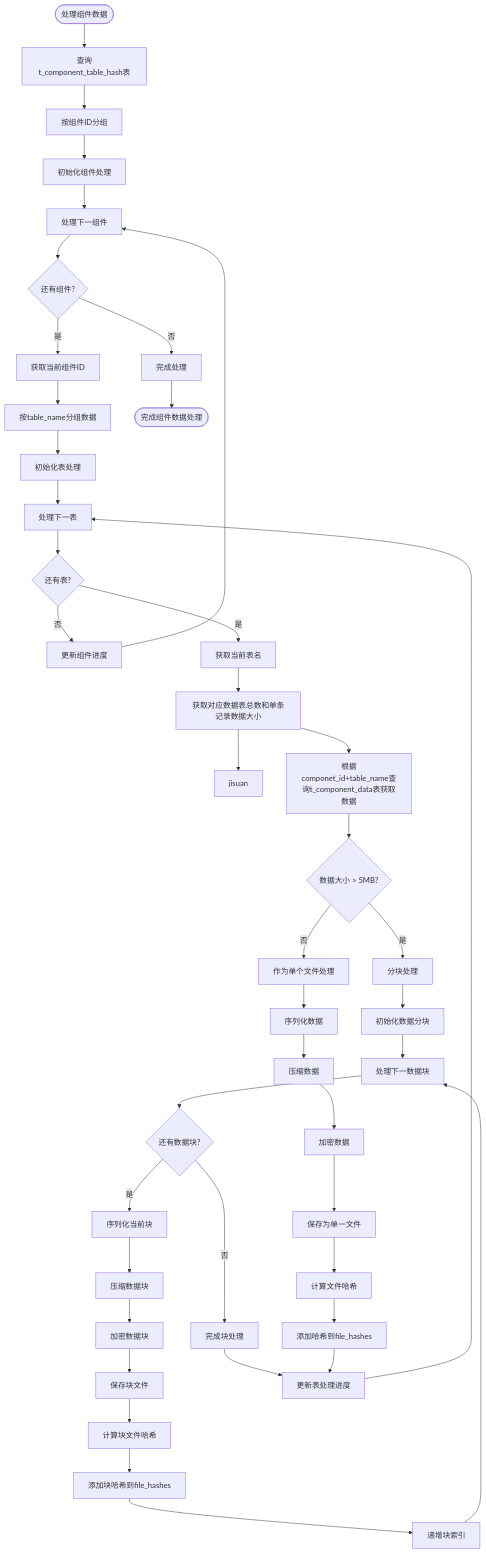
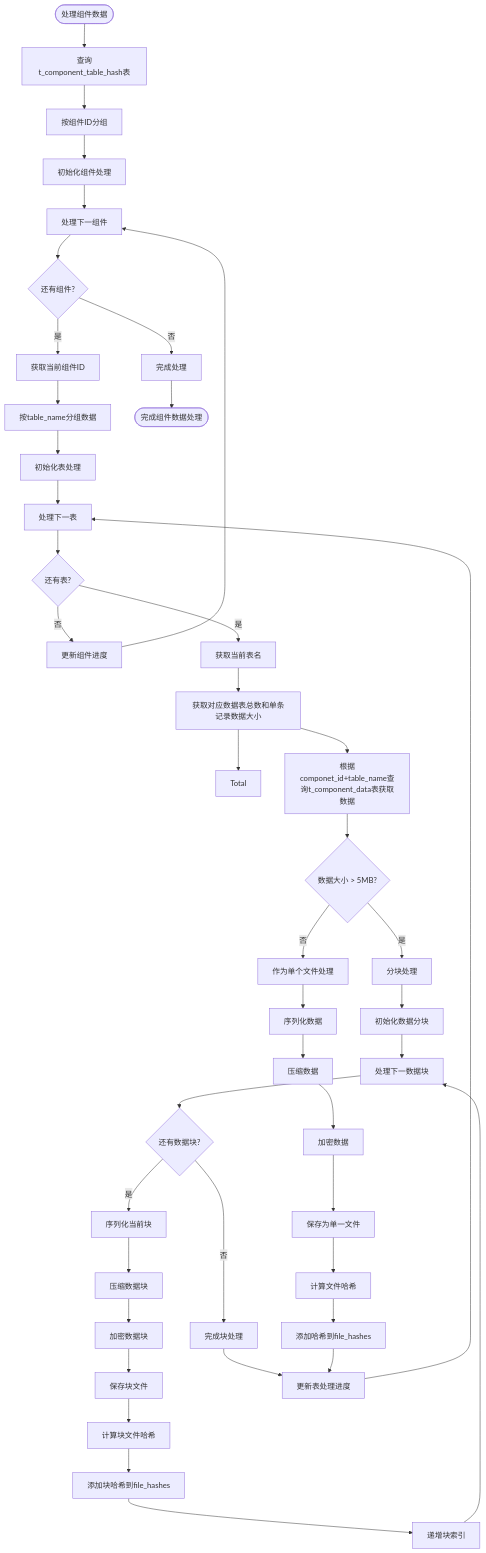
Before and after one commit to yingjianzh/iodraw-files: the diagram in all/未命名-56.md, drawn with Mermaid.

Commit message:
2025-05-12 14:29:01 update

````diff
--- a/all/未命名-56.md
+++ b/all/未命名-56.md
@@ -1,59 +1,59 @@
 ```mermaid
 
 flowchart TD
     Start([处理组件数据]) --> QueryDB[查询t_component_table_hash表]
     QueryDB --> GroupByComp[按组件ID分组]
     GroupByComp --> InitCompProcess[初始化组件处理]
     
     InitCompProcess --> ProcessNextComp[处理下一组件]
     ProcessNextComp --> MoreComps{还有组件?}
     MoreComps -->|否| CompleteProcess[完成处理]
     MoreComps -->|是| GetCompID[获取当前组件ID]
     
     GetCompID --> GroupByTable[按table_name分组数据]
     GroupByTable --> InitTableProcess[初始化表处理]
     
     InitTableProcess --> ProcessNextTable[处理下一表]
     ProcessNextTable --> MoreTables{还有表?}
     MoreTables -->|否| UpdateCompProgress[更新组件进度]
     MoreTables -->|是| GetTableName[获取当前表名]
     
     UpdateCompProgress --> ProcessNextComp
     
     GetTableName --> CheckDataSize[获取对应数据表总数和单条记录数据大小]
-    CheckDataSize --> jisuan
+    CheckDataSize --> Total
     CheckDataSize --> QueryTableData[根据componet_id+table_name查询t_component_data表获取数据]
     QueryTableData --> DataSize{数据大小 > 5MB?}
     
     DataSize -->|否| ProcessSingleFile[作为单个文件处理]
     DataSize -->|是| ProcessMultipleChunks[分块处理]
     
     ProcessSingleFile --> SerializeData[序列化数据]
     SerializeData --> CompressData[压缩数据]
     CompressData --> EncryptData[加密数据]
     EncryptData --> SaveSingleFile[保存为单一文件]
     SaveSingleFile --> CalcFileHash[计算文件哈希]
     CalcFileHash --> AddToFileHashes[添加哈希到file_hashes]
 
     ProcessMultipleChunks --> InitChunks[初始化数据分块]
     InitChunks --> ProcessNextChunk[处理下一数据块]
     
     ProcessNextChunk --> MoreChunks{还有数据块?}
     MoreChunks -->|否| CompleteChunks[完成块处理]
     MoreChunks -->|是| SerializeChunk[序列化当前块]
     
     SerializeChunk --> CompressChunk[压缩数据块]
     CompressChunk --> EncryptChunk[加密数据块]
     EncryptChunk --> SaveChunkFile[保存块文件]
     SaveChunkFile --> CalcChunkHash[计算块文件哈希]
     CalcChunkHash --> AddChunkHash[添加块哈希到file_hashes]
     AddChunkHash --> IncrementChunkIndex[递增块索引]
     IncrementChunkIndex --> ProcessNextChunk
     
     CompleteChunks --> UpdateTableProgress[更新表处理进度]
     AddToFileHashes --> UpdateTableProgress
     UpdateTableProgress --> ProcessNextTable
     
     CompleteProcess --> End([完成组件数据处理])
 
 ```
````
